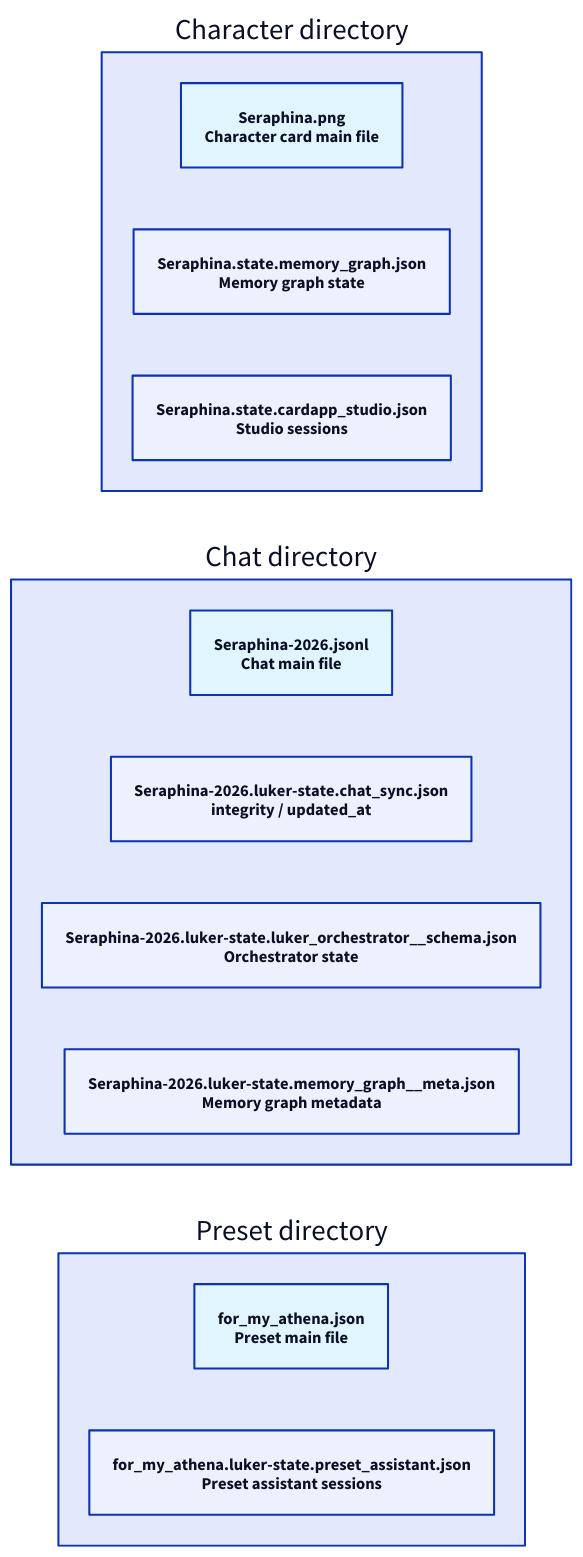
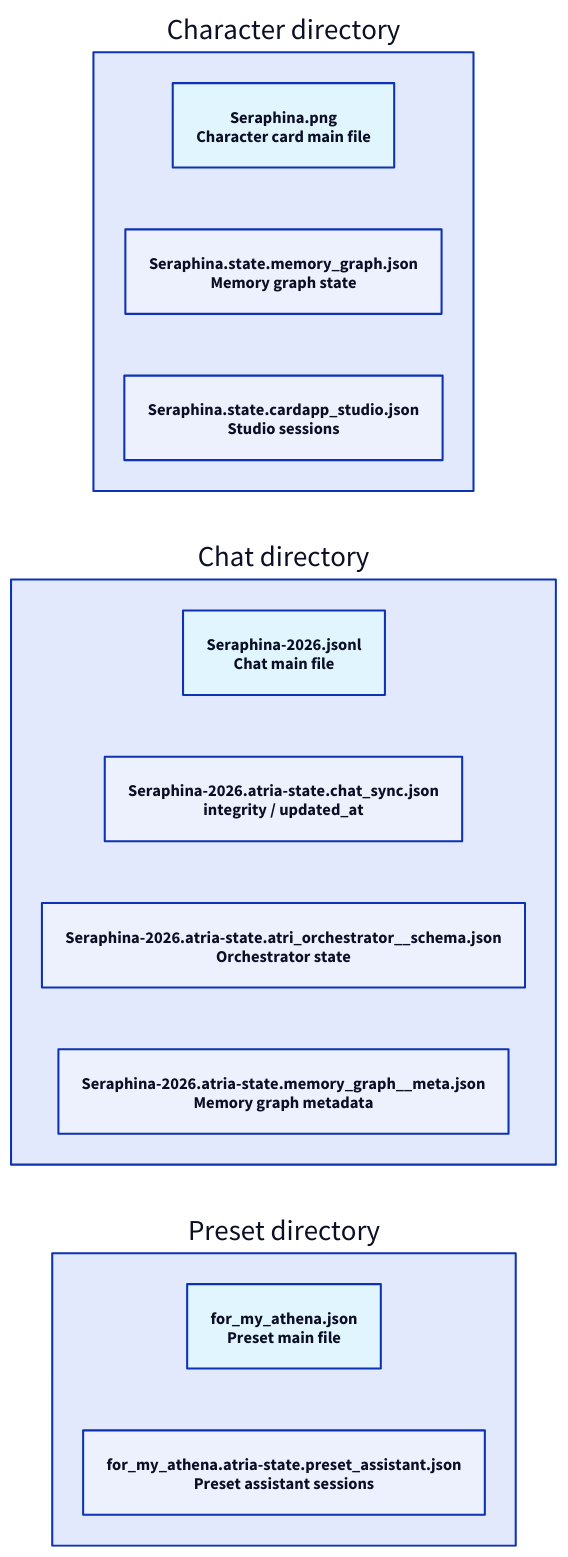
The diagram in docs/features/state-system.md (ZZZdragondYNGPHX/Atria), drawn with D2 before and after one commit. The commit also changed other lines of this file and 1235 other files, not shown here.

````diff
--- a/docs/features/state-system.md
+++ b/docs/features/state-system.md
@@ -56,27 +56,27 @@
 ```d2
 direction: right
 
 CHAR: "Character directory" {
   CHAR_MAIN: "Seraphina.png\nCharacter card main file" {
     style.fill: "#e1f5ff"
   }
   CHAR_S1: "Seraphina.state.memory_graph.json\nMemory graph state"
   CHAR_S2: "Seraphina.state.cardapp_studio.json\nStudio sessions"
 }
 
 CHAT: "Chat directory" {
   CHAT_MAIN: "Seraphina-2026.jsonl\nChat main file" {
     style.fill: "#e1f5ff"
   }
-  CHAT_S1: "Seraphina-2026.luker-state.chat_sync.json\nintegrity / updated_at"
-  CHAT_S2: "Seraphina-2026.luker-state.luker_orchestrator__schema.json\nOrchestrator state"
-  CHAT_S3: "Seraphina-2026.luker-state.memory_graph__meta.json\nMemory graph metadata"
+  CHAT_S1: "Seraphina-2026.atria-state.chat_sync.json\nintegrity / updated_at"
+  CHAT_S2: "Seraphina-2026.atria-state.atri_orchestrator__schema.json\nOrchestrator state"
+  CHAT_S3: "Seraphina-2026.atria-state.memory_graph__meta.json\nMemory graph metadata"
 }
 
 PRESET: "Preset directory" {
   P_MAIN: "for_my_athena.json\nPreset main file" {
     style.fill: "#e1f5ff"
   }
-  P_S1: "for_my_athena.luker-state.preset_assistant.json\nPreset assistant sessions"
+  P_S1: "for_my_athena.atria-state.preset_assistant.json\nPreset assistant sessions"
 }
 ```
````
